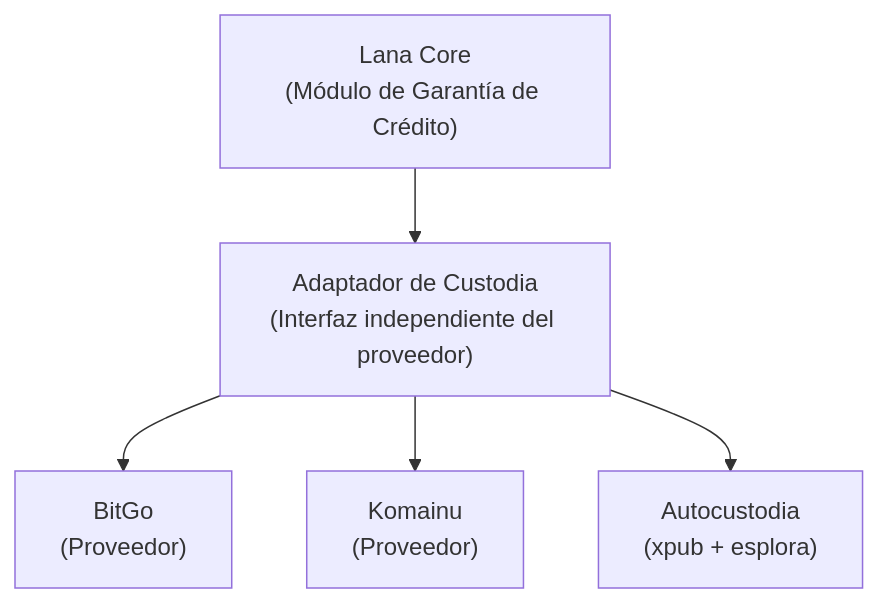
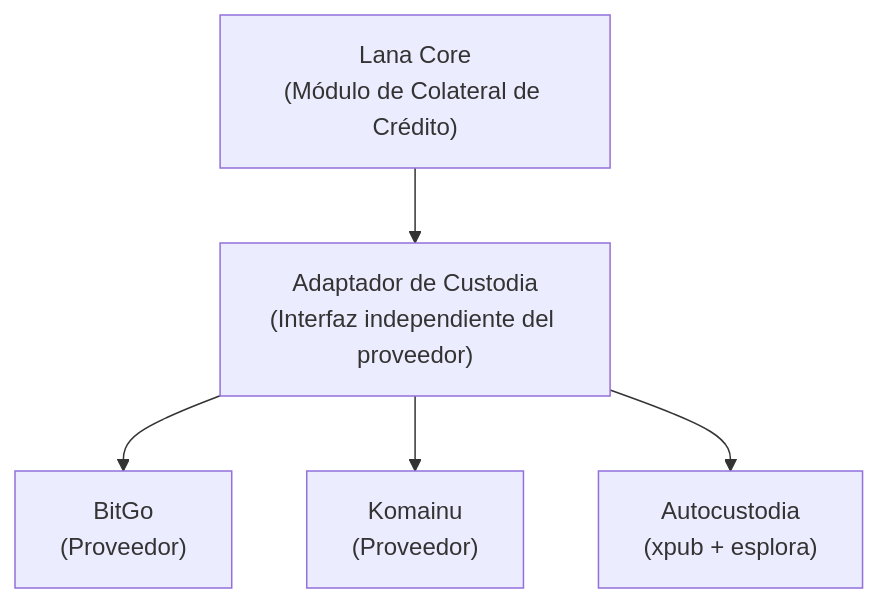
The second of 2 diagrams in docs-site/i18n/es/docusaurus-plugin-content-docs/current/for-internal-developers/custody-portfolio.md (GaloyMoney/lana-bank), drawn with Mermaid before and after one commit. The commit also changed other lines of this file and 3 other files, not shown here.

````diff
--- a/docs-site/i18n/es/docusaurus-plugin-content-docs/current/for-internal-developers/custody-portfolio.md
+++ b/docs-site/i18n/es/docusaurus-plugin-content-docs/current/for-internal-developers/custody-portfolio.md
@@ -74,7 +74,7 @@
 ```mermaid
 graph TD
-    CORE["Lana Core<br/>(Módulo de Garantía de Crédito)"] --> ADAPTER["Adaptador de Custodia<br/>(Interfaz independiente del proveedor)"]
+    CORE["Lana Core<br/>(Módulo de Colateral de Crédito)"] --> ADAPTER["Adaptador de Custodia<br/>(Interfaz independiente del proveedor)"]
     ADAPTER --> BITGO["BitGo<br/>(Proveedor)"]
     ADAPTER --> KOMAINU["Komainu<br/>(Proveedor)"]
     ADAPTER --> SELF["Autocustodia<br/>(xpub + esplora)"]
 ```
````
